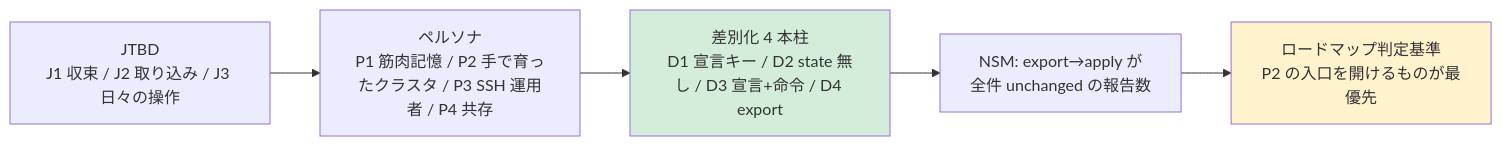
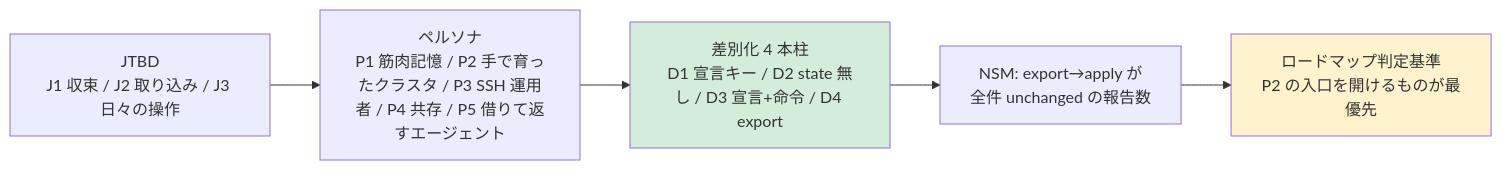
The diagram in docs/discovery-brief.md (cyokozai/pvectl), drawn with Mermaid before and after one commit. The commit also changed other lines of this file and 1 other file, not shown here.

First line of the commit message:
docs: P5「借りて返すエージェント」を brief と問題空間に追記

````diff
--- a/docs/discovery-brief.md
+++ b/docs/discovery-brief.md
@@ -6,9 +6,9 @@
 ```mermaid
 flowchart LR
-    J["JTBD<br/>J1 収束 / J2 取り込み / J3 日々の操作"] --> P["ペルソナ<br/>P1 筋肉記憶 / P2 手で育ったクラスタ / P3 SSH 運用者 / P4 共存"]
+    J["JTBD<br/>J1 収束 / J2 取り込み / J3 日々の操作"] --> P["ペルソナ<br/>P1 筋肉記憶 / P2 手で育ったクラスタ / P3 SSH 運用者 / P4 共存 / P5 借りて返すエージェント"]
     P --> D["差別化 4 本柱<br/>D1 宣言キー / D2 state 無し / D3 宣言+命令 / D4 export"]
     D --> N["NSM: export→apply が<br/>全件 unchanged の報告数"]
     N --> R["ロードマップ判定基準<br/>P2 の入口を開けるものが最優先"]
     style D fill:#d4edda
     style R fill:#fff3cd
 ```
````
